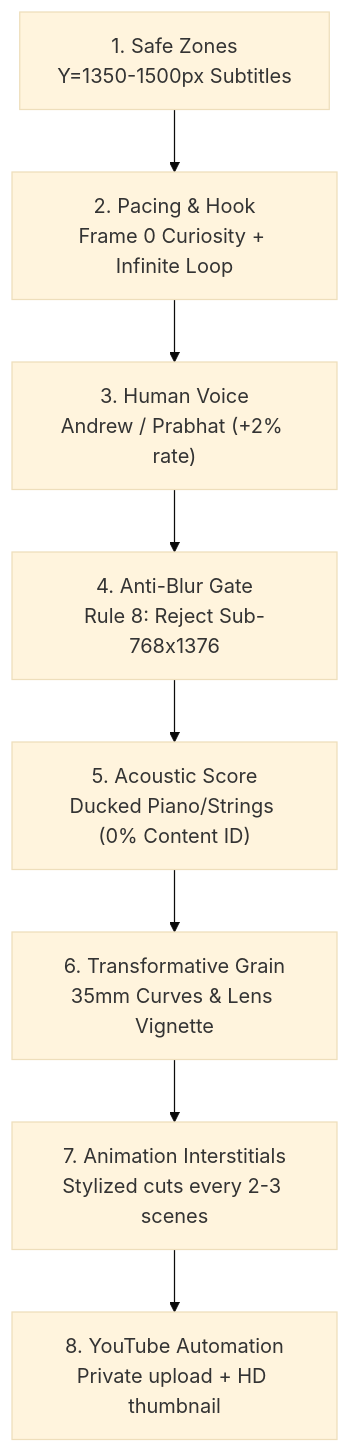
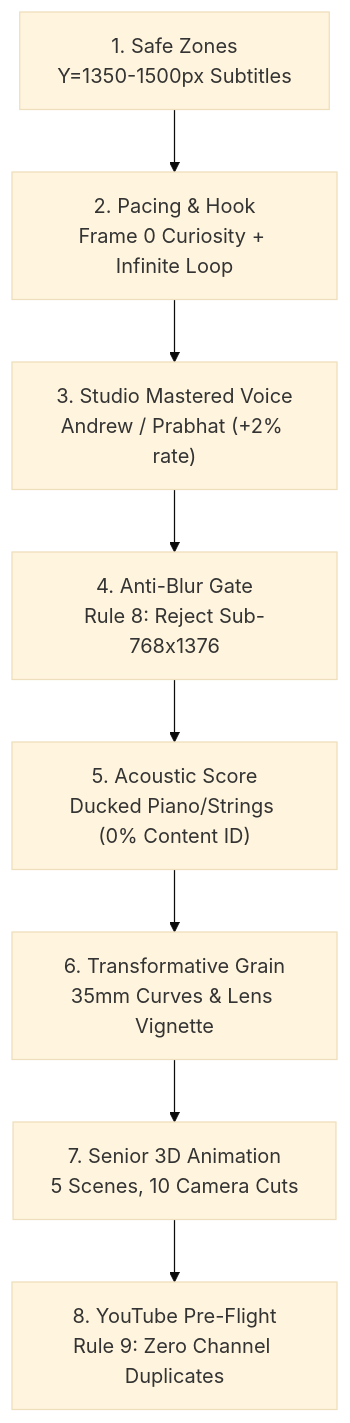
Before and after one commit to SumanthSM36/face_less_videos: the diagram in .agents/skills/faceless-video-director/SKILL.md, drawn with Mermaid (base theme). The commit also changed other lines of this file and 4 other files, not shown here.

Commit message:
Codify Senior 3D Animation Director Mandate across rules, skills, and camera choreography

````diff
--- a/.agents/skills/faceless-video-director/SKILL.md
+++ b/.agents/skills/faceless-video-director/SKILL.md
@@ -34,10 +34,10 @@
 ```mermaid
 flowchart TD
     A["1. Safe Zones<br/>Y=1350-1500px Subtitles"] --> B["2. Pacing & Hook<br/>Frame 0 Curiosity + Infinite Loop"]
-    B --> C["3. Human Voice<br/>Andrew / Prabhat (+2% rate)"]
+    B --> C["3. Studio Mastered Voice<br/>Andrew / Prabhat (+2% rate)"]
     C --> D["4. Anti-Blur Gate<br/>Rule 8: Reject Sub-768x1376"]
     D --> E["5. Acoustic Score<br/>Ducked Piano/Strings (0% Content ID)"]
     E --> F["6. Transformative Grain<br/>35mm Curves & Lens Vignette"]
-    F --> G["7. Animation Interstitials<br/>Stylized cuts every 2-3 scenes"]
-    G --> H["8. YouTube Automation<br/>Private upload + HD thumbnail"]
+    F --> G["7. Senior 3D Animation<br/>5 Scenes, 10 Camera Cuts"]
+    G --> H["8. YouTube Pre-Flight<br/>Rule 9: Zero Channel Duplicates"]
 ```
````
